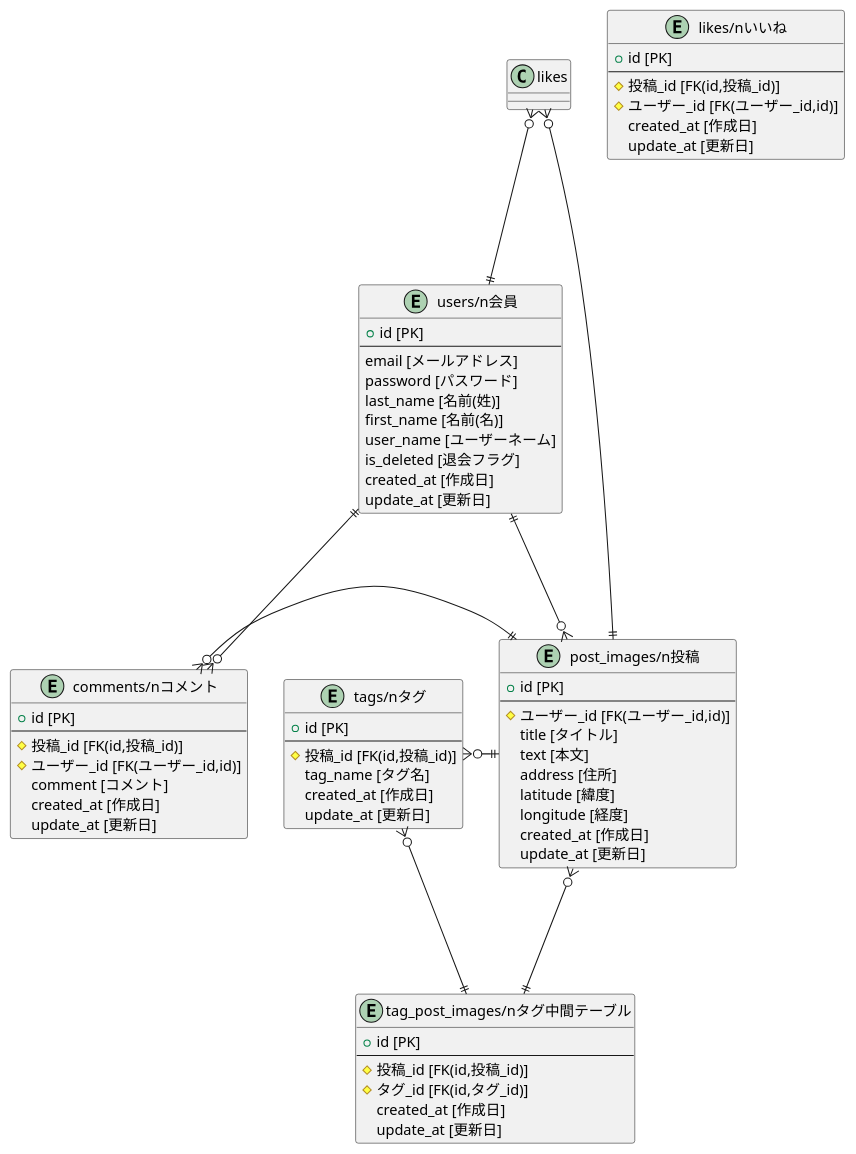
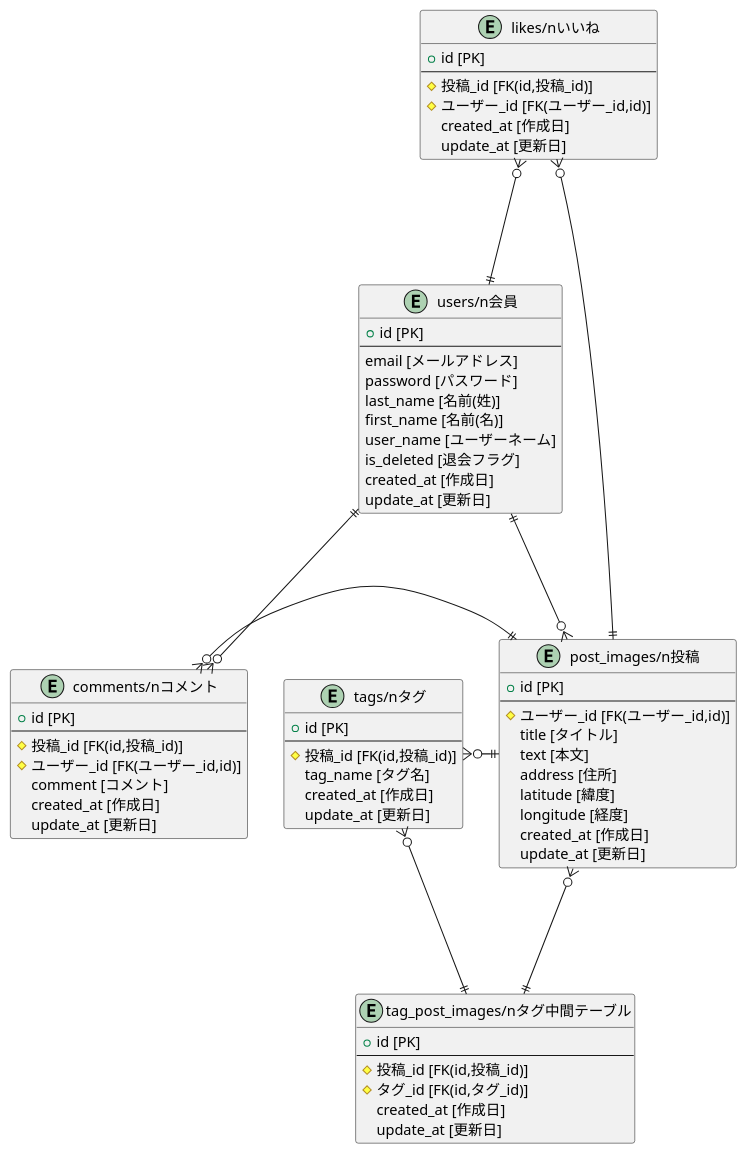
The diagram in README.md (herojejung/Ours), drawn with PlantUML before and after one commit.

````diff
--- a/README.md
+++ b/README.md
@@ -46,69 +46,69 @@
 ```puml
 @startuml
 entity users as "users/n会員" {
   + id [PK]
   --
 email [メールアドレス]
 password [パスワード]
 last_name [名前(姓)]
 first_name [名前(名)]
 user_name [ユーザーネーム]
 is_deleted [退会フラグ]
 created_at [作成日]
 update_at [更新日]
 }
 entity post_images as "post_images/n投稿" {
   + id [PK]
   --
 # ユーザー_id [FK(ユーザー_id,id)]
 title [タイトル]
 text [本文]
 address [住所]
 latitude [緯度]
 longitude [経度]
 created_at [作成日]
 update_at [更新日]
 }
 entity tags as "tags/nタグ" {
   + id [PK]
   --
 # 投稿_id [FK(id,投稿_id)]
 tag_name [タグ名]
 created_at [作成日]
 update_at [更新日]
 }
 entity tag_post_images as "tag_post_images/nタグ中間テーブル" {
   + id [PK]
   --
 # 投稿_id [FK(id,投稿_id)]
 # タグ_id [FK(id,タグ_id)]
 created_at [作成日]
 update_at [更新日]
 }
 entity comments as "comments/nコメント" {
   + id [PK]
   --
 # 投稿_id [FK(id,投稿_id)]
 # ユーザー_id [FK(ユーザー_id,id)]
 comment [コメント]
 created_at [作成日]
 update_at [更新日]
 }
-entity favorites as "likes/nいいね" {
+entity likes as "likes/nいいね" {
   + id [PK]
   --
 # 投稿_id [FK(id,投稿_id)]
 # ユーザー_id [FK(ユーザー_id,id)]
 created_at [作成日]
 update_at [更新日]
 }
 tag_post_images ||-u--o{ post_images
 tag_post_images ||-u--o{ tags
 post_images ||-l--o{ tags
 post_images ||-l--o{ comments
 post_images ||-d--o{ likes
 users ||-u--o{ post_images
 users ||-d--o{ comments
 users ||-u--o{ likes
 @enduml
 ```
````
